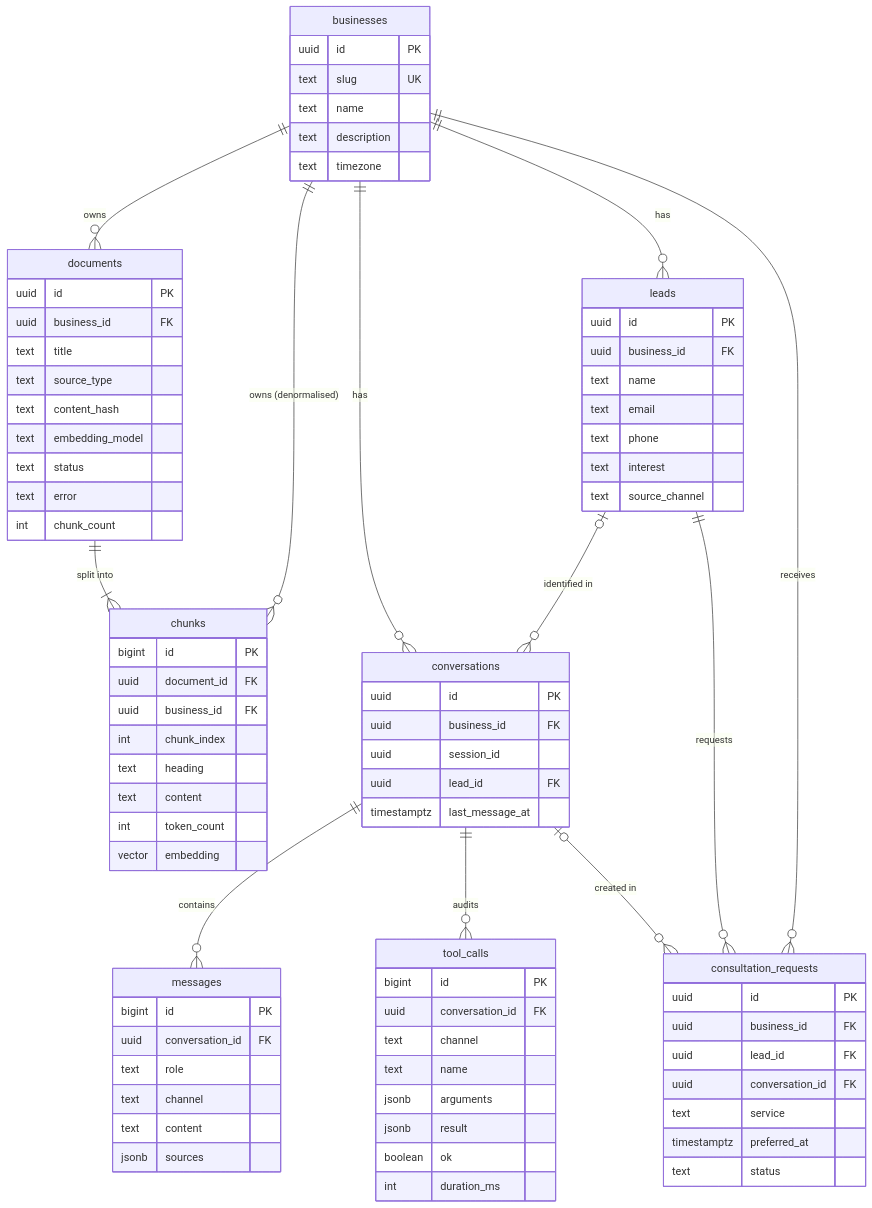
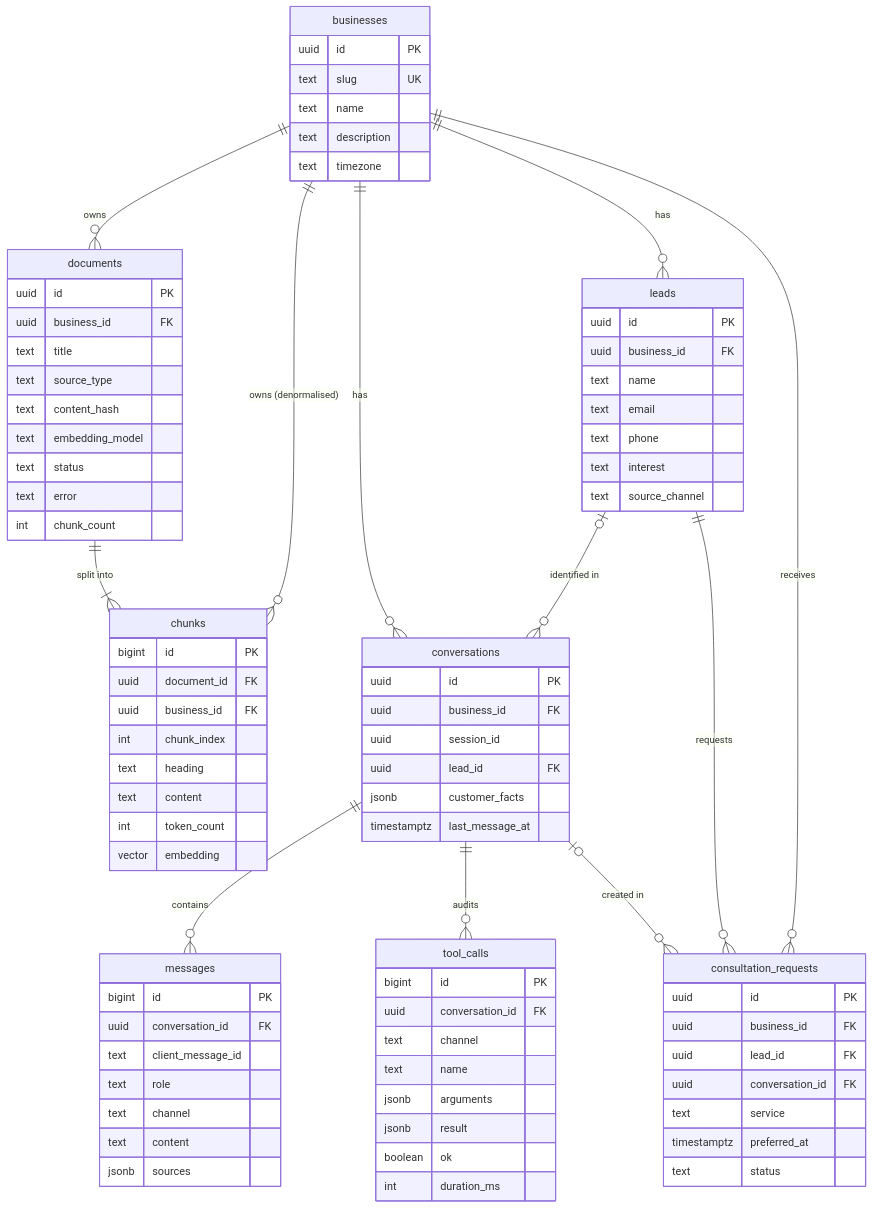
The first of 3 diagrams in docs/database-design.md (mohamedhamedd/ai-customer-assistant), drawn with Mermaid before and after one commit. The commit also changed other lines of this file, not shown here.

```diff
--- a/docs/database-design.md
+++ b/docs/database-design.md
@@ -67,11 +67,13 @@
         uuid business_id FK
         uuid session_id
         uuid lead_id FK
+        jsonb customer_facts
         timestamptz last_message_at
     }
     messages {
         bigint id PK
         uuid conversation_id FK
+        text client_message_id
         text role
         text channel
         text content
```
